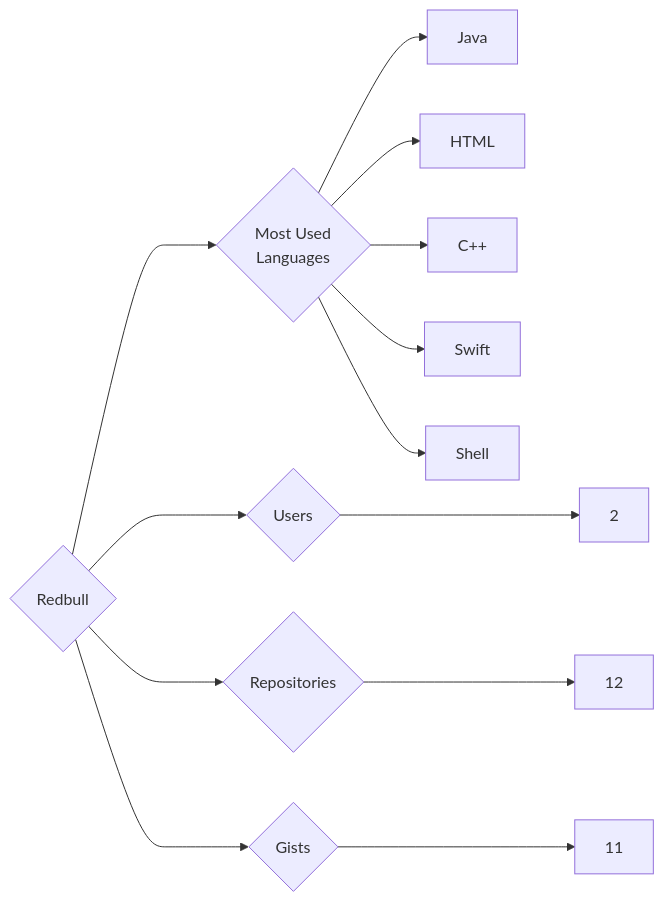
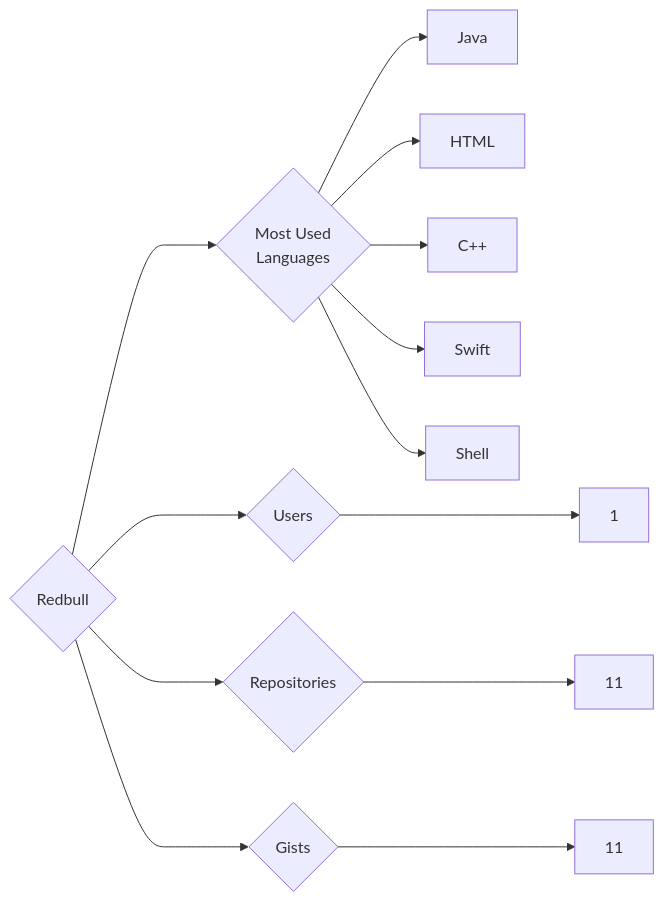
One commit to trickest/insiders changed the diagram in targets/Redbull/README.md. Above: the diagram before and after it, drawn with Mermaid. The commit also changed 1496 other files, not shown here.

````diff
--- a/targets/Redbull/README.md
+++ b/targets/Redbull/README.md
@@ -3,13 +3,13 @@
 ```mermaid
 graph LR
 COMPANY_NAME{Redbull}
-COMPANY_NAME ---> U{Users} ---> UN[2]
-COMPANY_NAME ---> R{Repositories} ---> RN[12]
+COMPANY_NAME ---> U{Users} ---> UN[1]
+COMPANY_NAME ---> R{Repositories} ---> RN[11]
 COMPANY_NAME ---> G{Gists} ---> GN[11]
 COMPANY_NAME ---> ML{Most Used<br>Languages}
 ML --> Java[Java]
 ML --> HTML[HTML]
 ML --> C++[C++]
 ML --> Swift[Swift]
 ML --> Shell[Shell]
 ```
````
